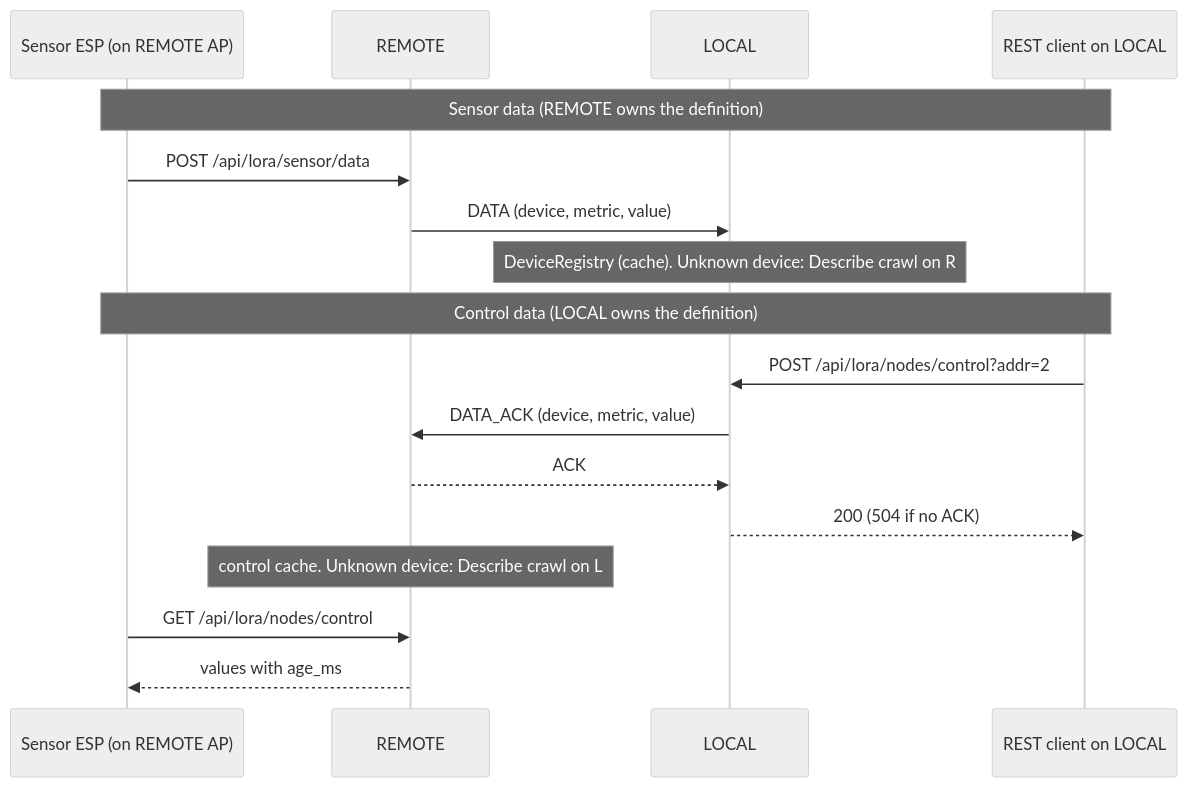
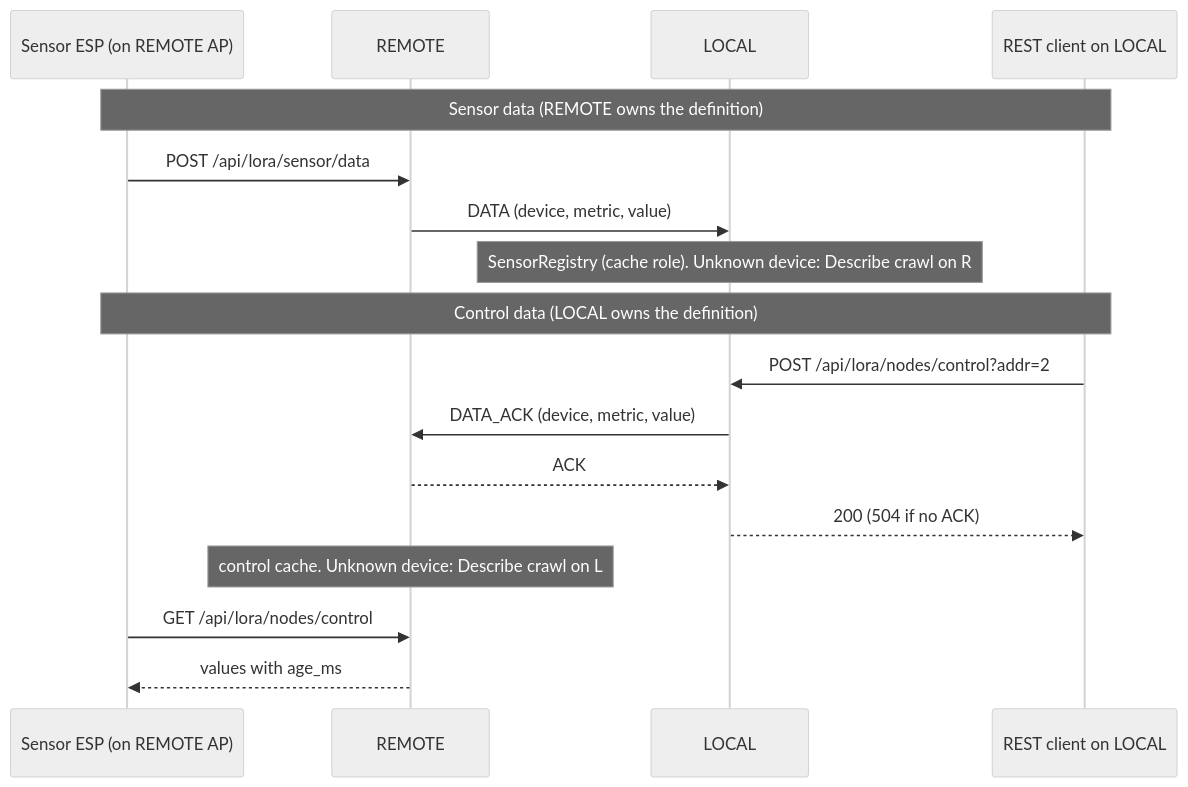
Before and after one commit to Warpguru/LoRaIoT: the third of 3 diagrams in doc/TechDebt.md, drawn with Mermaid (neutral theme). The commit also changed other lines of this file and 36 other files, not shown here.

````diff
--- a/doc/TechDebt.md
+++ b/doc/TechDebt.md
@@ -867,21 +870,21 @@
 ```mermaid
 sequenceDiagram
     participant S as Sensor ESP (on REMOTE AP)
     participant R as REMOTE
     participant L as LOCAL
     participant C as REST client on LOCAL
 
     Note over S,C: Sensor data (REMOTE owns the definition)
     S->>R: POST /api/lora/sensor/data
     R->>L: DATA (device, metric, value)
-    Note over L: DeviceRegistry (cache). Unknown device: Describe crawl on R
+    Note over L: SensorRegistry (cache role). Unknown device: Describe crawl on R
 
     Note over S,C: Control data (LOCAL owns the definition)
     C->>L: POST /api/lora/nodes/control?addr=2
     L->>R: DATA_ACK (device, metric, value)
     R-->>L: ACK
     L-->>C: 200 (504 if no ACK)
     Note over R: control cache. Unknown device: Describe crawl on L
     S->>R: GET /api/lora/nodes/control
     R-->>S: values with age_ms
 ```
````
